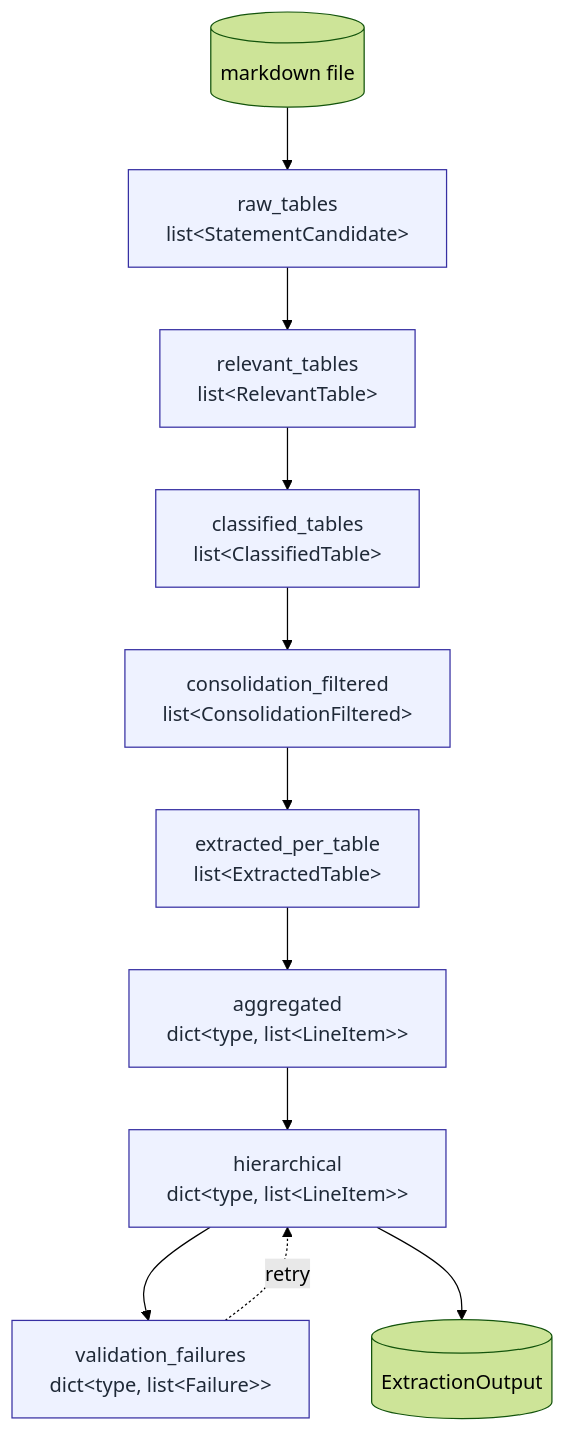
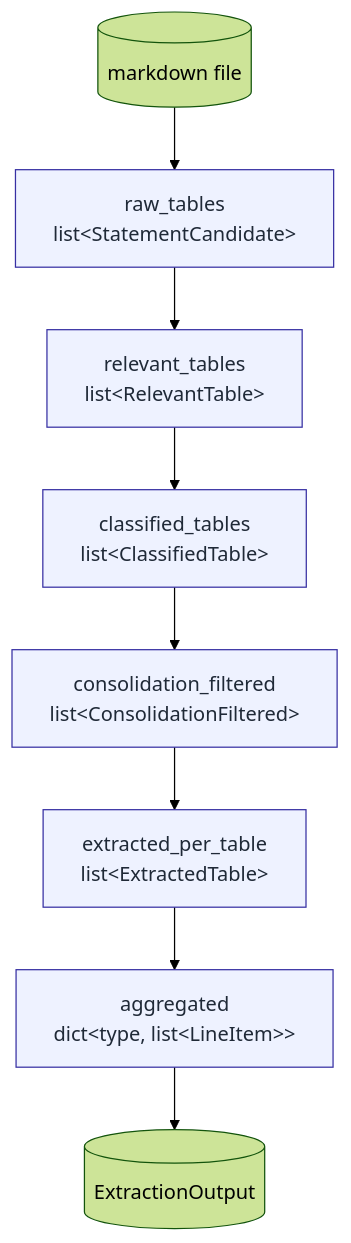
Before and after one commit to GSaiDheeraj/Financial-Document-Data-Extractor: the third of 4 diagrams in Fundamentals Module.md, drawn with Mermaid (forest theme). The commit also changed other lines of this file and 1 other file, not shown here.

````diff
--- a/Fundamentals Module.md
+++ b/Fundamentals Module.md
@@ -144,17 +136,14 @@
 ```mermaid
 flowchart TB
     MD[(markdown file)]
     MD --> RT[raw_tables<br/>list&lt;StatementCandidate&gt;]
     RT --> RV[relevant_tables<br/>list&lt;RelevantTable&gt;]
     RV --> CT[classified_tables<br/>list&lt;ClassifiedTable&gt;]
     CT --> CF[consolidation_filtered<br/>list&lt;ConsolidationFiltered&gt;]
     CF --> EPT[extracted_per_table<br/>list&lt;ExtractedTable&gt;]
     EPT --> AGG[aggregated<br/>dict&lt;type, list&lt;LineItem&gt;&gt;]
-    AGG --> HIER[hierarchical<br/>dict&lt;type, list&lt;LineItem&gt;&gt;]
-    HIER --> VFAIL[validation_failures<br/>dict&lt;type, list&lt;Failure&gt;&gt;]
-    VFAIL -. retry .-> HIER
-    HIER --> OUT[(ExtractionOutput)]
+    AGG --> OUT[(ExtractionOutput)]
 
     classDef state fill:#eef2ff,stroke:#3730a3,color:#1f2937;
-    class RT,RV,CT,CF,EPT,AGG,HIER,VFAIL state;
+    class RT,RV,CT,CF,EPT,AGG state;
 ```
````
